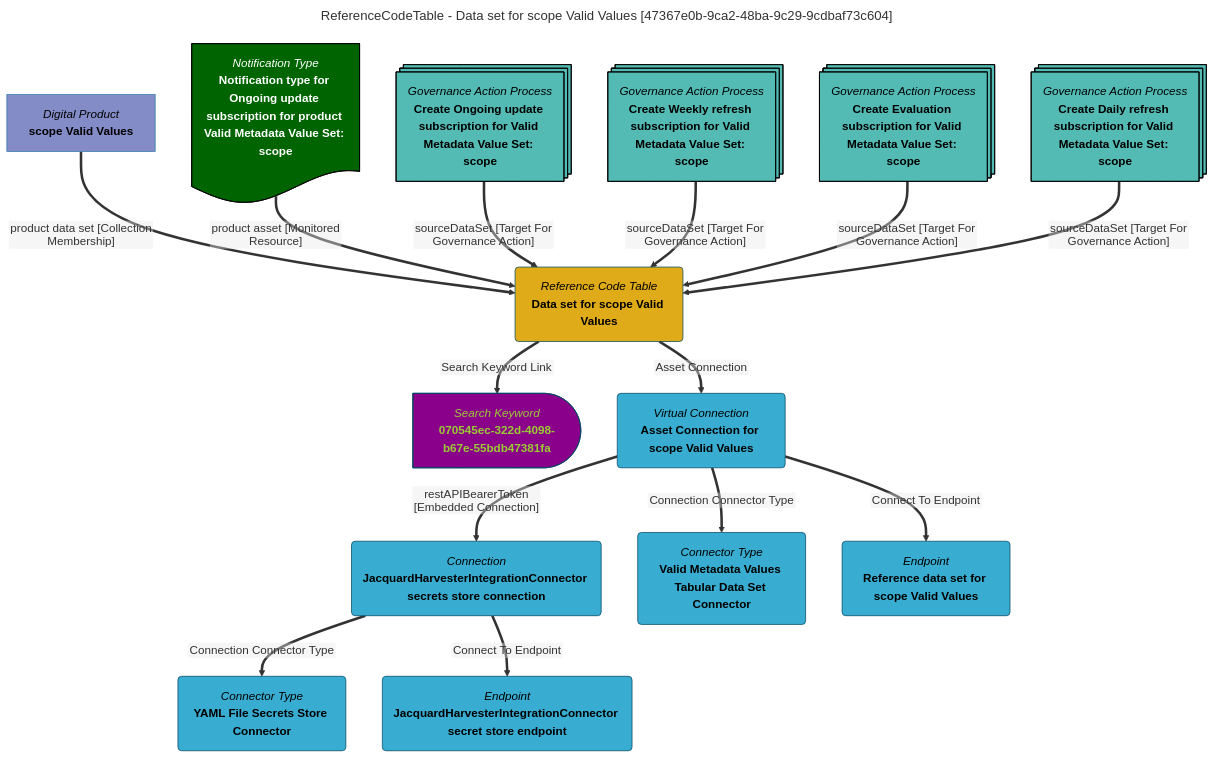
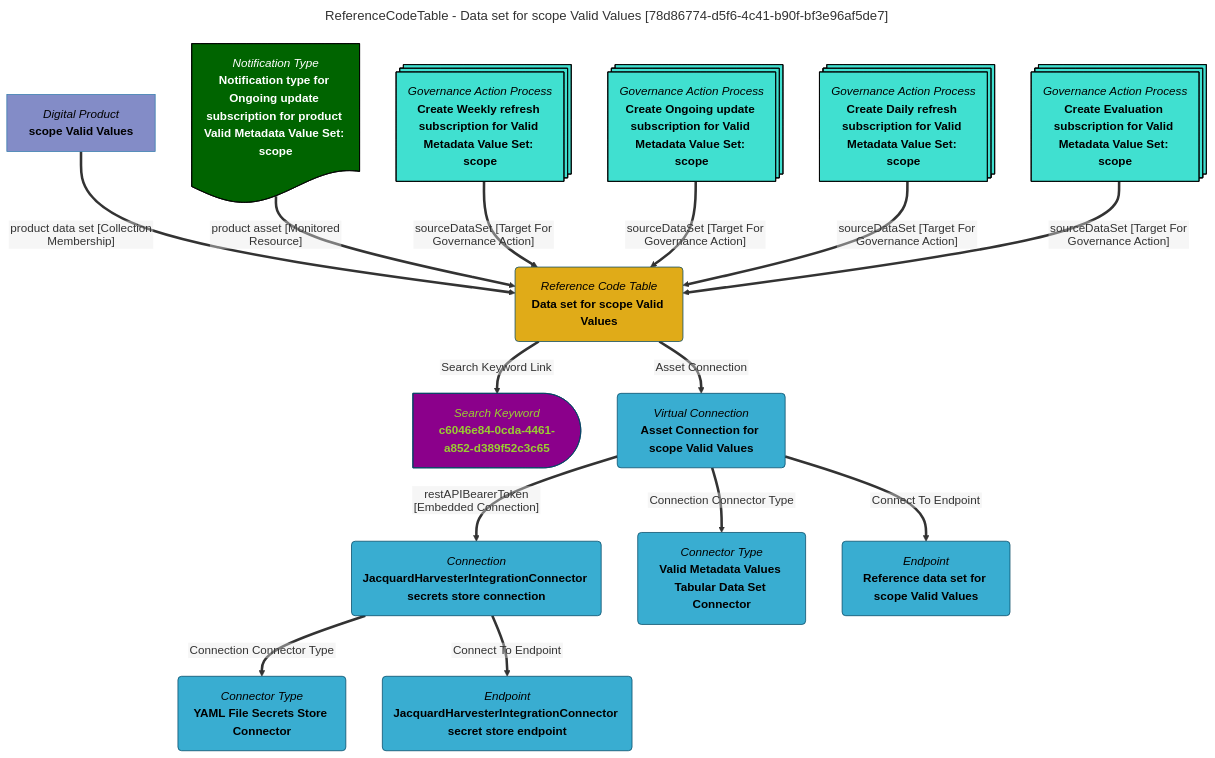
Before and after one commit to odpi/egeria-docs: the diagram in site/snippets/data-assets/data-set-for-scope-valid-values-mermaid-graph.md, drawn with Mermaid. The commit also changed 2201 other files, not shown here.

````diff
--- a/site/snippets/data-assets/data-set-for-scope-valid-values-mermaid-graph.md
+++ b/site/snippets/data-assets/data-set-for-scope-valid-values-mermaid-graph.md
@@ -1,63 +1,63 @@
 ```mermaid
 ---
-title: ReferenceCodeTable - Data set for scope Valid Values [47367e0b-9ca2-48ba-9c29-9cdbaf73c604]
+title: ReferenceCodeTable - Data set for scope Valid Values [78d86774-d5f6-4c41-b90f-bf3e96af5de7]
 ---
 flowchart TD
 %%{init: {"flowchart": {"htmlLabels": false}} }%%
 
 1@{ shape: rounded, label: "*Reference Code Table*
 **Data set for scope Valid Values**"}
 2@{ shape: delay, label: "*Search Keyword*
-**070545ec-322d-4098-b67e-55bdb47381fa**"}
+**c6046e84-0cda-4461-a852-d389f52c3c65**"}
 1==>|"Search Keyword Link"|2
 3@{ shape: rect, label: "*Digital Product*
 **scope Valid Values**"}
 3==>|"product data set [Collection Membership]"|1
 4@{ shape: rounded, label: "*Virtual Connection*
 **Asset Connection for scope Valid Values**"}
 1==>|"Asset Connection"|4
 5@{ shape: rounded, label: "*Connection*
 **JacquardHarvesterIntegrationConnector secrets store connection**"}
 4==>|"restAPIBearerToken [Embedded Connection]"|5
 6@{ shape: rounded, label: "*Connector Type*
 **YAML File Secrets Store Connector**"}
 5==>|"Connection Connector Type"|6
 7@{ shape: rounded, label: "*Endpoint*
 **JacquardHarvesterIntegrationConnector secret store endpoint**"}
 5==>|"Connect To Endpoint"|7
 8@{ shape: rounded, label: "*Connector Type*
 **Valid Metadata Values Tabular Data Set Connector**"}
 4==>|"Connection Connector Type"|8
 9@{ shape: rounded, label: "*Endpoint*
 **Reference data set for scope Valid Values**"}
 4==>|"Connect To Endpoint"|9
 10@{ shape: doc, label: "*Notification Type*
 **Notification type for Ongoing update subscription for product Valid Metadata Value Set: scope**"}
 10==>|"product asset [Monitored Resource]"|1
 11@{ shape: processes, label: "*Governance Action Process*
-**Create Ongoing update subscription for Valid Metadata Value Set: scope**"}
+**Create Weekly refresh subscription for Valid Metadata Value Set: scope**"}
 11==>|"sourceDataSet [Target For Governance Action]"|1
 12@{ shape: processes, label: "*Governance Action Process*
-**Create Weekly refresh subscription for Valid Metadata Value Set: scope**"}
+**Create Ongoing update subscription for Valid Metadata Value Set: scope**"}
 12==>|"sourceDataSet [Target For Governance Action]"|1
 13@{ shape: processes, label: "*Governance Action Process*
-**Create Evaluation subscription for Valid Metadata Value Set: scope**"}
+**Create Daily refresh subscription for Valid Metadata Value Set: scope**"}
 13==>|"sourceDataSet [Target For Governance Action]"|1
 14@{ shape: processes, label: "*Governance Action Process*
-**Create Daily refresh subscription for Valid Metadata Value Set: scope**"}
+**Create Evaluation subscription for Valid Metadata Value Set: scope**"}
 14==>|"sourceDataSet [Target For Governance Action]"|1
-style 11 color:#000000, fill:#53bbb4, stroke:#000000
-style 12 color:#000000, fill:#53bbb4, stroke:#000000
-style 13 color:#000000, fill:#53bbb4, stroke:#000000
-style 14 color:#000000, fill:#53bbb4, stroke:#000000
+style 11 color:#000000, fill:#40E0D0, stroke:#000000
+style 12 color:#000000, fill:#40E0D0, stroke:#000000
+style 13 color:#000000, fill:#40E0D0, stroke:#000000
+style 14 color:#000000, fill:#40E0D0, stroke:#000000
 style 1 color:#000000, fill:#e0ab18, stroke:#004563
-style 2 color:#9acd32, fill:#8b008b, stroke:#004563
+style 2 color:#9ACD32, fill:#8B008B, stroke:#004563
 style 3 color:#000000, fill:#838cc7, stroke:#3079ab
 style 4 color:#000000, fill:#39add1, stroke:#004563
 style 5 color:#000000, fill:#39add1, stroke:#004563
 style 6 color:#000000, fill:#39add1, stroke:#004563
 style 7 color:#000000, fill:#39add1, stroke:#004563
 style 8 color:#000000, fill:#39add1, stroke:#004563
 style 9 color:#000000, fill:#39add1, stroke:#004563
 style 10 color:#FFFFFF, fill:#006400, stroke:#000000
 ```
````
